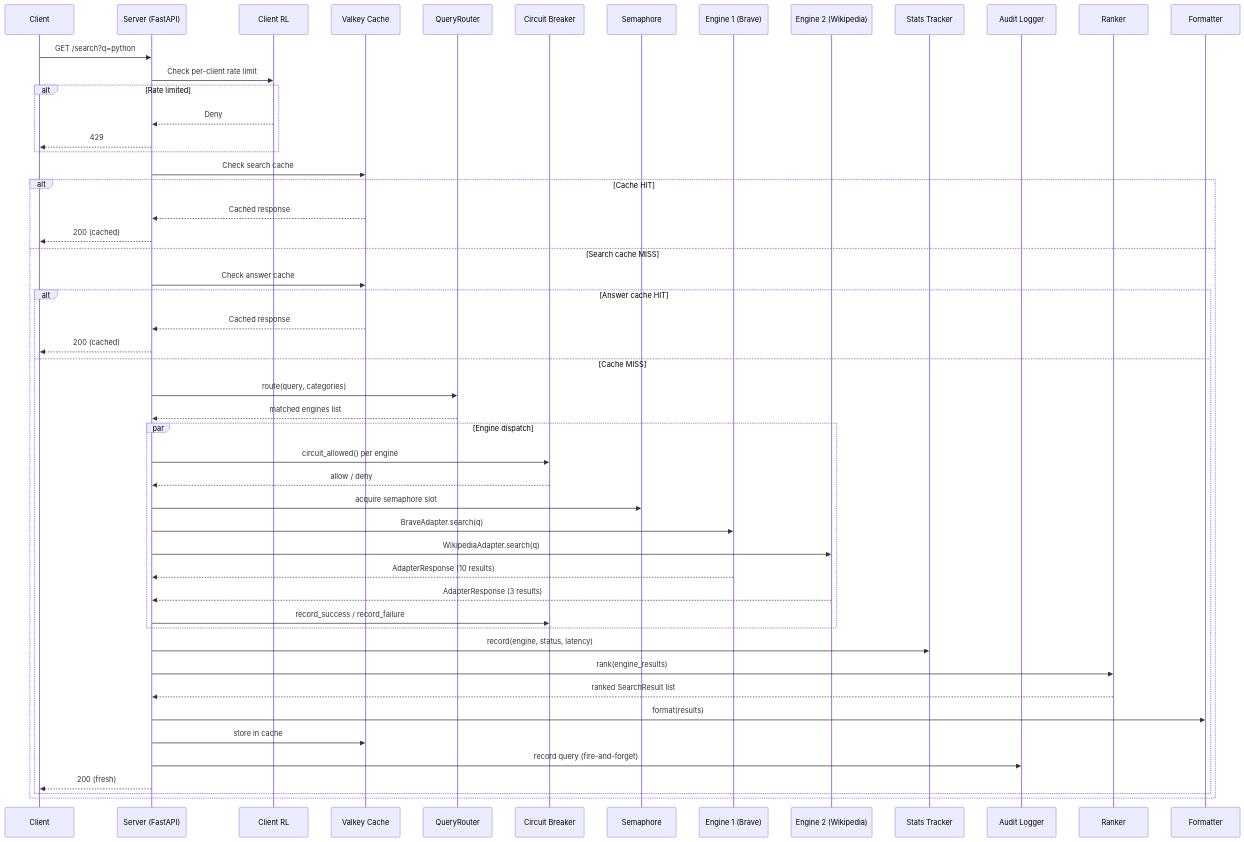
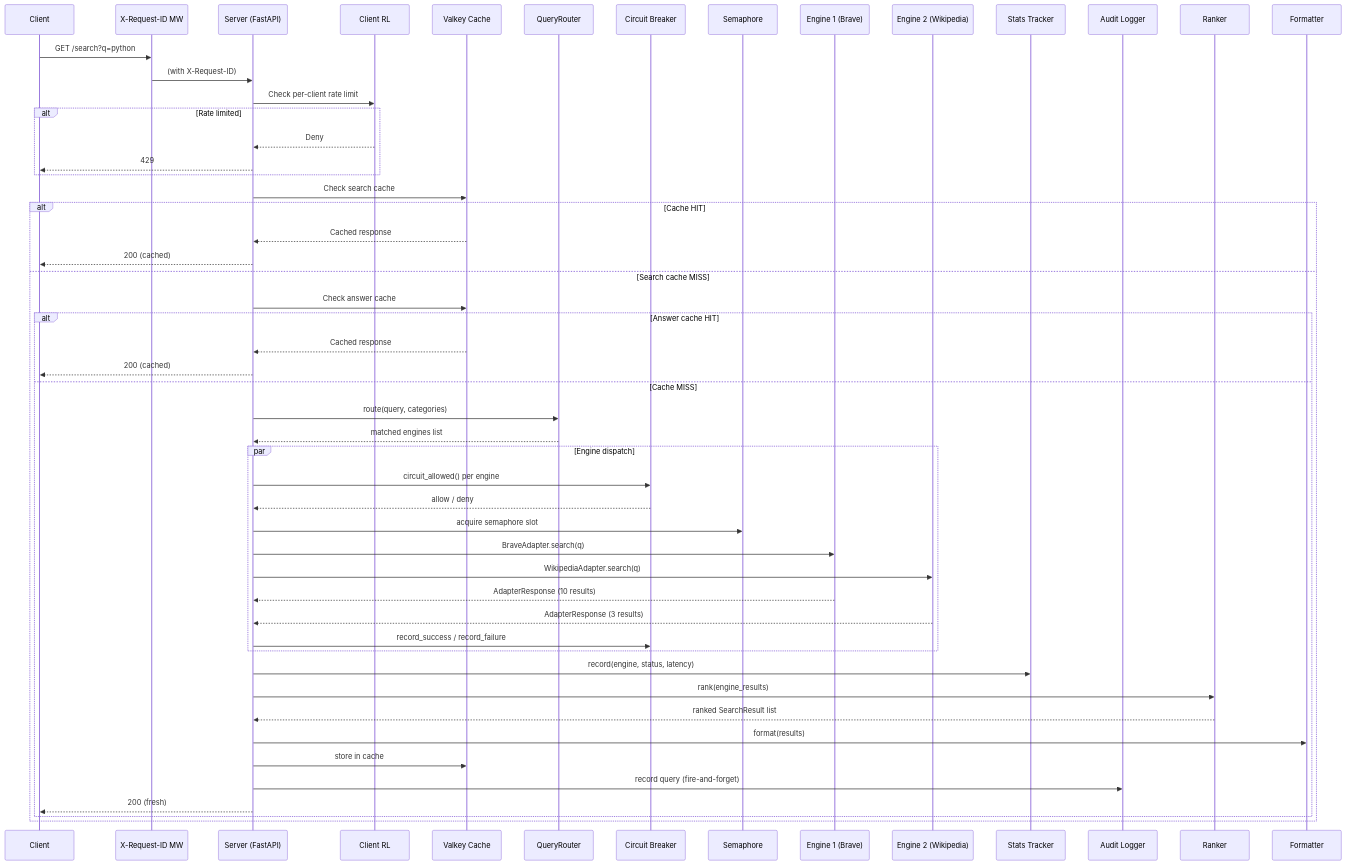
One commit to magnus919/SlopSearX changed the second of 2 diagrams in droid-wiki/overview/architecture.md. Above: the diagram before and after it, drawn with Mermaid. The commit also changed other lines of this file and 46 other files, not shown here.

````diff
--- a/droid-wiki/overview/architecture.md
+++ b/droid-wiki/overview/architecture.md
@@ -25,54 +25,56 @@
 ```mermaid
 sequenceDiagram
     participant C as Client
+    participant MW as X-Request-ID MW
     participant S as Server (FastAPI)
     participant RL as Client RL
     participant CACHE as Valkey Cache
     participant QR as QueryRouter
     participant CB as Circuit Breaker
     participant SM as Semaphore
     participant E1 as Engine 1 (Brave)
     participant E2 as Engine 2 (Wikipedia)
     participant STATS as Stats Tracker
     participant AUDIT as Audit Logger
     participant R as Ranker
     participant F as Formatter
 
-    C->>S: GET /search?q=python
+    C->>MW: GET /search?q=python
+    MW->>S: (with X-Request-ID)
     S->>RL: Check per-client rate limit
     alt Rate limited
         RL-->>S: Deny
         S-->>C: 429
     end
     S->>CACHE: Check search cache
     alt Cache HIT
         CACHE-->>S: Cached response
         S-->>C: 200 (cached)
     else Search cache MISS
         S->>CACHE: Check answer cache
         alt Answer cache HIT
             CACHE-->>S: Cached response
             S-->>C: 200 (cached)
         else Cache MISS
             S->>QR: route(query, categories)
             QR-->>S: matched engines list
             par Engine dispatch
                 S->>CB: circuit_allowed() per engine
                 CB-->>S: allow / deny
                 S->>SM: acquire semaphore slot
                 S->>E1: BraveAdapter.search(q)
                 S->>E2: WikipediaAdapter.search(q)
                 E1-->>S: AdapterResponse (10 results)
                 E2-->>S: AdapterResponse (3 results)
                 S->>CB: record_success / record_failure
             end
             S->>STATS: record(engine, status, latency)
             S->>R: rank(engine_results)
             R-->>S: ranked SearchResult list
             S->>F: format(results)
             S->>CACHE: store in cache
             S->>AUDIT: record query (fire-and-forget)
             S-->>C: 200 (fresh)
         end
     end
 ```
````
